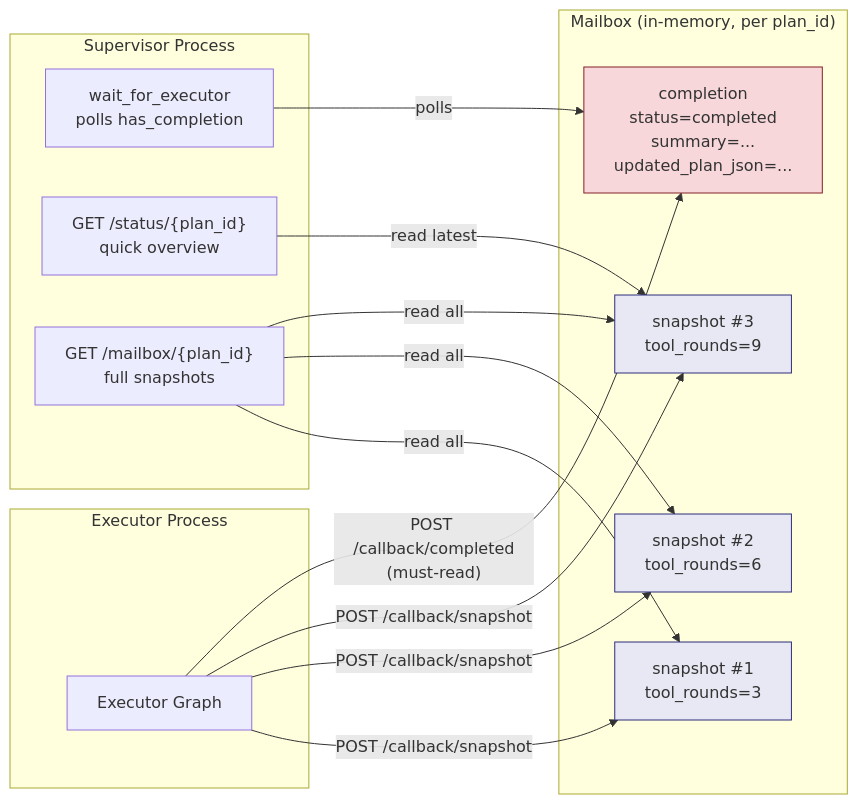
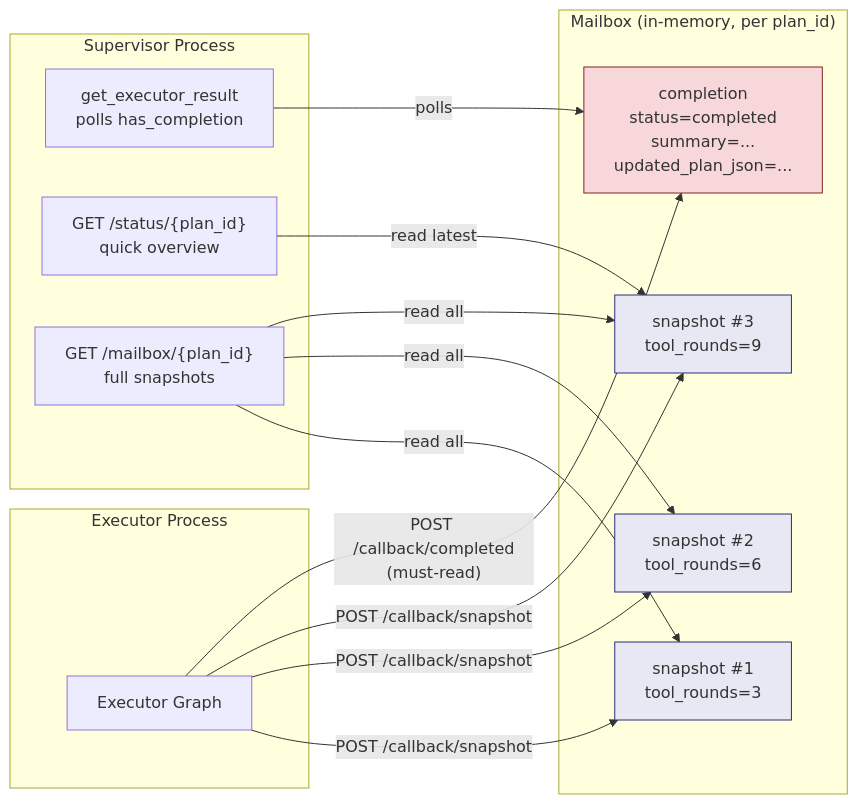
Before and after one commit to Tlaven/agent-triad: the fifth of 9 diagrams in docs/v3-architecture-diagrams.md, drawn with Mermaid. The commit also changed other lines of this file and 10 other files, not shown here.

First line of the commit message:
feat: V3 lifecycle integration + architecture gap remediation (G1-G7)

````diff
--- a/docs/v3-architecture-diagrams.md
+++ b/docs/v3-architecture-diagrams.md
@@ -167,35 +167,35 @@
 ```mermaid
 flowchart LR
     subgraph Executor Process
         EG[Executor Graph]
     end
 
     subgraph Mailbox["Mailbox (in-memory, per plan_id)"]
         S1[snapshot #1<br/>tool_rounds=3]
         S2[snapshot #2<br/>tool_rounds=6]
         S3[snapshot #3<br/>tool_rounds=9]
         C["completion<br/>status=completed<br/>summary=...<br/>updated_plan_json=..."]
     end
 
     subgraph Supervisor Process
-        WFE[wait_for_executor<br/>polls has_completion]
+        WFE[get_executor_result<br/>polls has_completion]
         GES["GET /status/{plan_id}<br/>quick overview"]
         GMS["GET /mailbox/{plan_id}<br/>full snapshots"]
     end
 
     EG -->|"POST /callback/snapshot"| S1
     EG -->|"POST /callback/snapshot"| S2
     EG -->|"POST /callback/snapshot"| S3
     EG -->|"POST /callback/completed<br/>(must-read)"| C
 
     WFE -->|polls| C
     GES -->|read latest| S3
     GMS -->|read all| S1
     GMS -->|read all| S2
     GMS -->|read all| S3
 
     style C fill:#f8d7da,stroke:#842029
     style S1 fill:#e8e8f4,stroke:#2d2d7d
     style S2 fill:#e8e8f4,stroke:#2d2d7d
     style S3 fill:#e8e8f4,stroke:#2d2d7d
 ```
````
